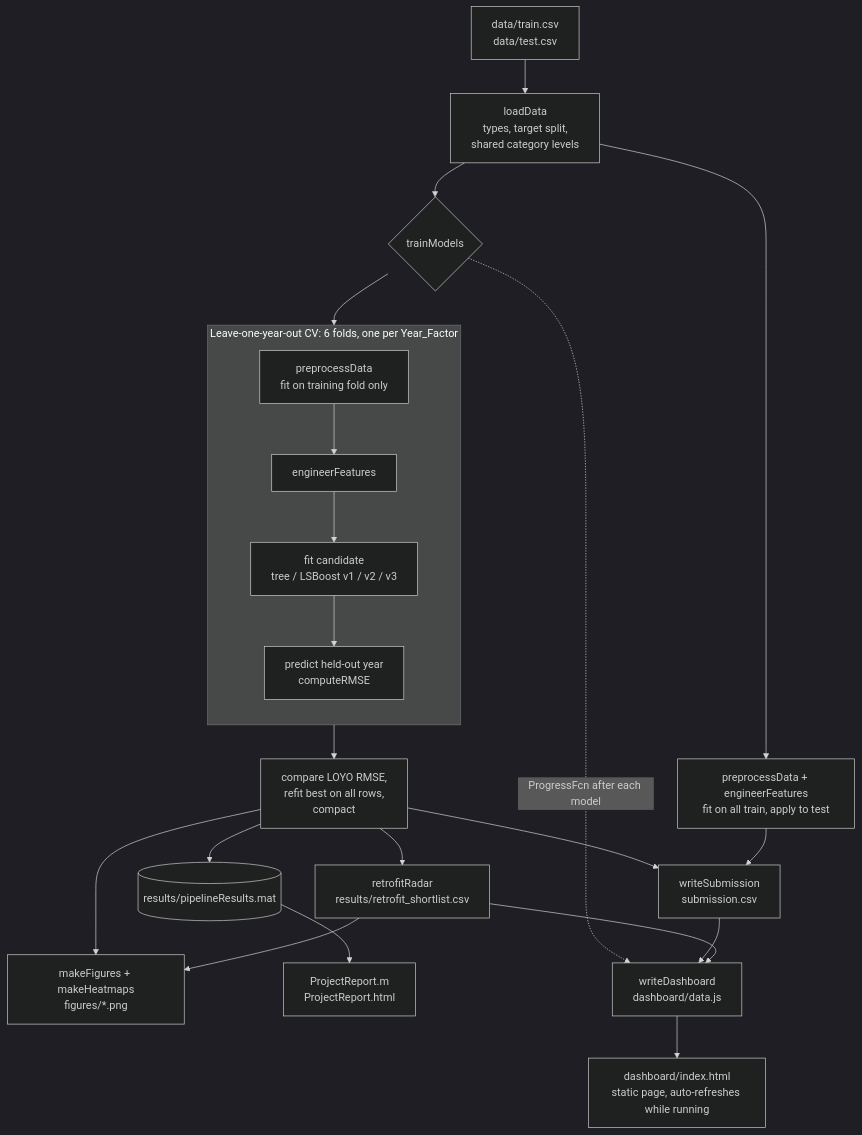
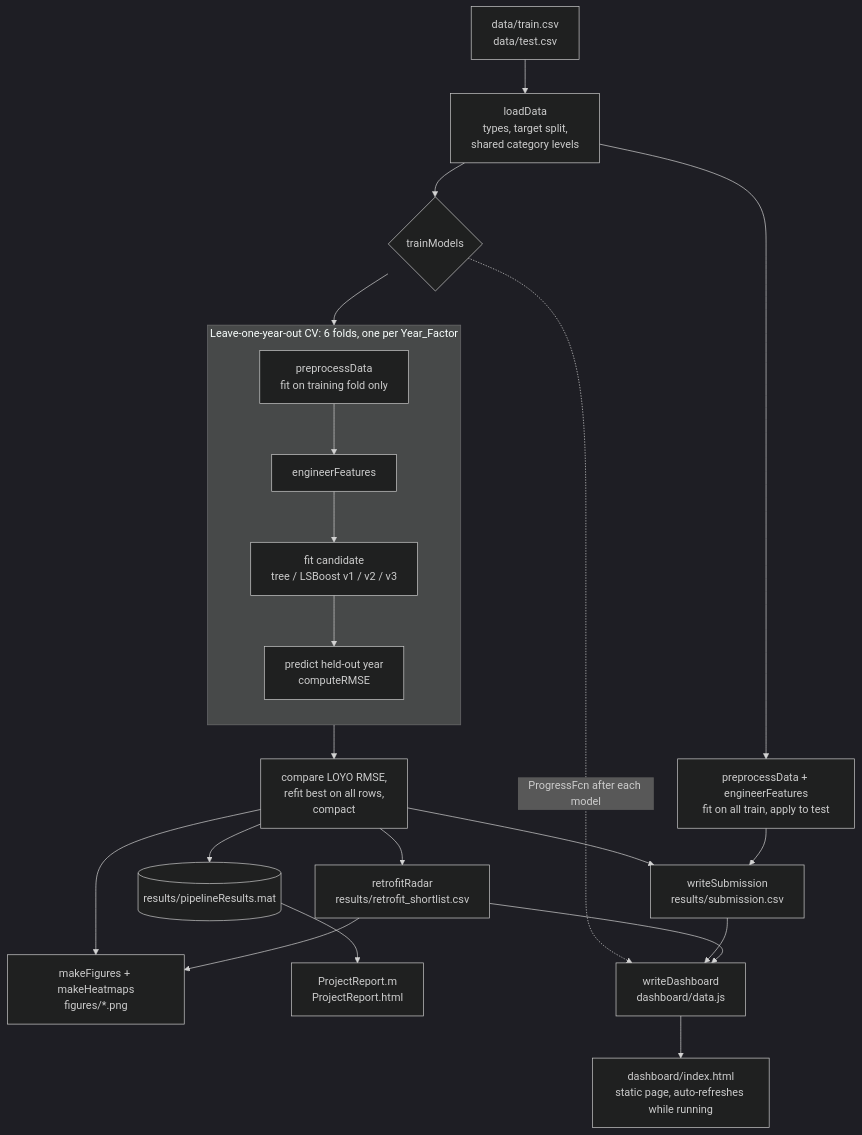
One commit to Roh00t/MatrixNotFound changed the diagram in ARCHITECTURE.md. Above: the diagram before and after it, drawn with Mermaid (dark theme). The commit also changed other lines of this file and 24 other files, not shown here.

````diff
--- a/ARCHITECTURE.md
+++ b/ARCHITECTURE.md
@@ -9,25 +9,25 @@
 ```mermaid
 flowchart TD
     A[data/train.csv<br/>data/test.csv] --> B[loadData<br/>types, target split,<br/>shared category levels]
     B --> C{trainModels}
     subgraph CV [Leave-one-year-out CV: 6 folds, one per Year_Factor]
         direction TB
         D[preprocessData<br/>fit on training fold only] --> E[engineerFeatures]
         E --> F[fit candidate<br/>tree / LSBoost v1 / v2 / v3]
         F --> G[predict held-out year<br/>computeRMSE]
     end
     C --> CV
     CV --> H[compare LOYO RMSE,<br/>refit best on all rows,<br/>compact]
     B --> I[preprocessData + engineerFeatures<br/>fit on all train, apply to test]
-    H --> J[writeSubmission<br/>submission.csv]
+    H --> J[writeSubmission<br/>results/submission.csv]
     I --> J
     H --> K[retrofitRadar<br/>results/retrofit_shortlist.csv]
     H --> L[makeFigures + makeHeatmaps<br/>figures/*.png]
     K --> L
     H --> M[(results/pipelineResults.mat)]
     M --> N[ProjectReport.m<br/>ProjectReport.html]
     C -. ProgressFcn after each model .-> P[writeDashboard<br/>dashboard/data.js]
     J --> P
     K --> P
     P --> Q[dashboard/index.html<br/>static page, auto-refreshes while running]
 ```
````
